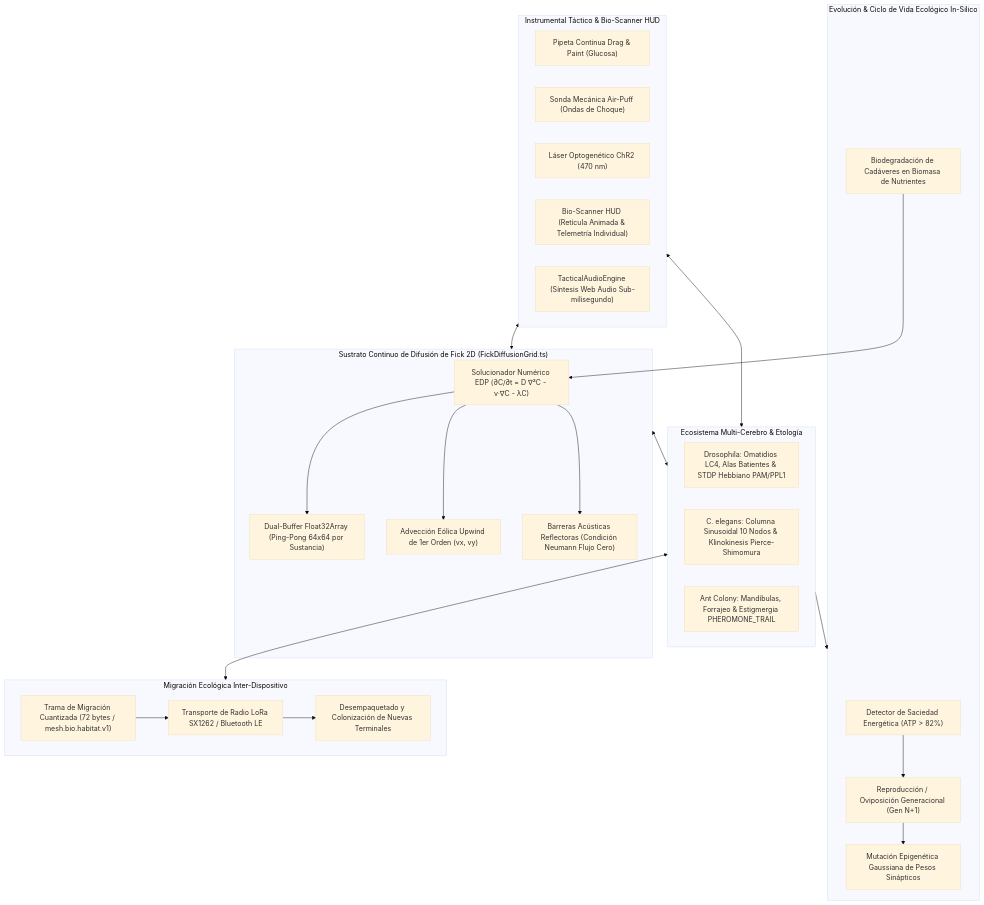
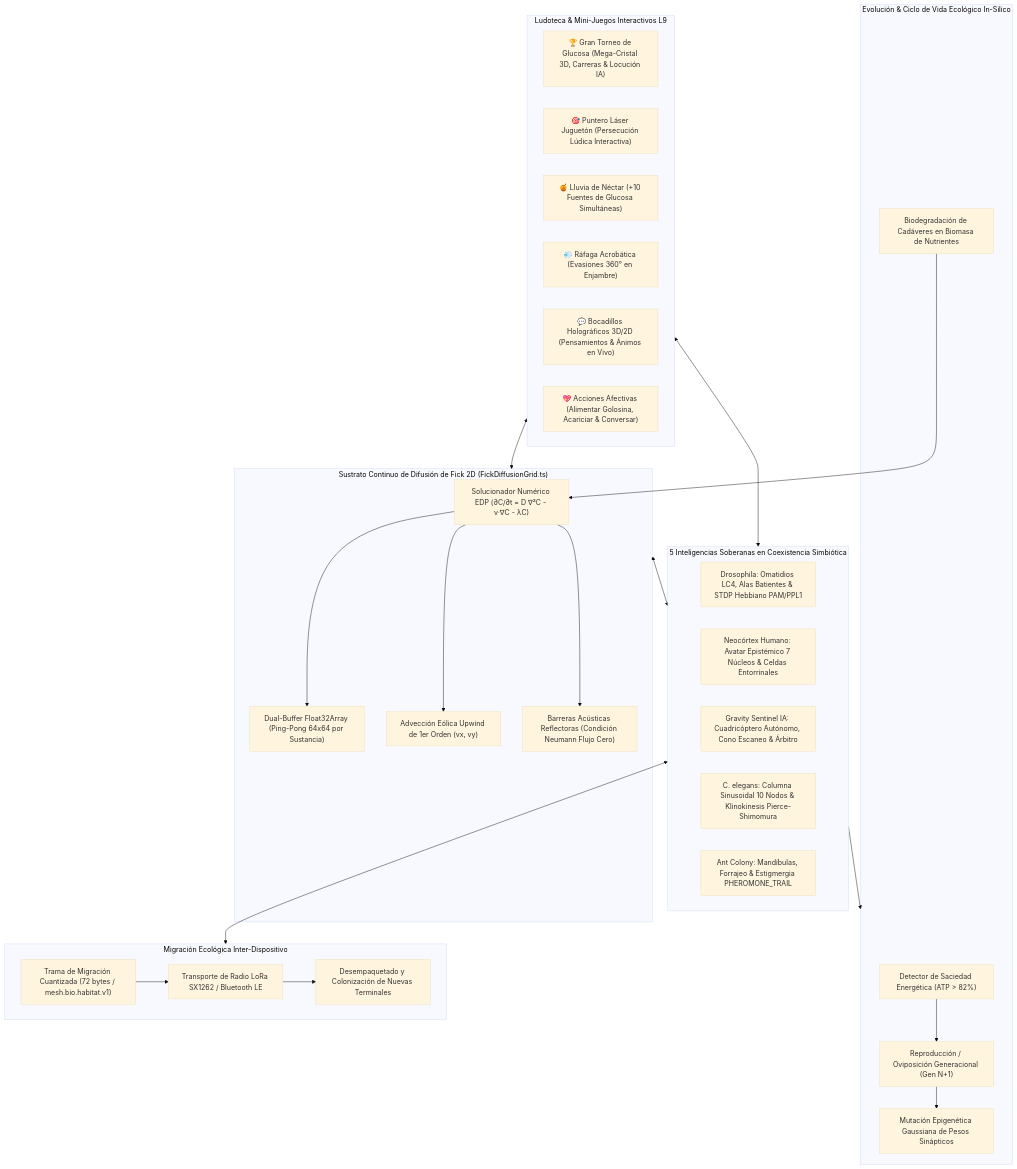
Diagram 11 of 13 in ARCHITECTURE.md (DarckRovert/RED), drawn with Mermaid (base theme) before and after one commit. The commit also changed other lines of this file and 39 other files, not shown here.

````diff
--- a/ARCHITECTURE.md
+++ b/ARCHITECTURE.md
@@ -498,53 +500,56 @@
 ```mermaid
 graph TD
     subgraph SUSTRATO_FICK ["Sustrato Continuo de Difusión de Fick 2D (FickDiffusionGrid.ts)"]
         PDE_SOLVER["Solucionador Numérico EDP (∂C/∂t = D ∇²C - v·∇C - λC)"]
         PING_PONG["Dual-Buffer Float32Array (Ping-Pong 64x64 por Sustancia)"]
         WIND_ADV["Advección Eólica Upwind de 1er Orden (vx, vy)"]
         BARRIERS["Barreras Acústicas Reflectoras (Condición Neumann Flujo Cero)"]
         
         PDE_SOLVER --> PING_PONG
         PDE_SOLVER --> WIND_ADV
         PDE_SOLVER --> BARRIERS
     end
 
-    subgraph ESPECIES_DIVERGENTES ["Ecosistema Multi-Cerebro & Etología"]
+    subgraph ESPECIES_DIVERGENTES ["5 Inteligencias Soberanas en Coexistencia Simbiótica"]
         DROSOPHILA["Drosophila: Omatidios LC4, Alas Batientes & STDP Hebbiano PAM/PPL1"]
+        HUMAN_NEOCORTEX["Neocórtex Humano: Avatar Epistémico 7 Núcleos & Celdas Entorrinales"]
+        GRAVITY_SENTINEL["Gravity Sentinel IA: Cuadricóptero Autónomo, Cono Escaneo & Árbitro"]
         C_ELEGANS["C. elegans: Columna Sinusoidal 10 Nodos & Klinokinesis Pierce-Shimomura"]
         FORMICIDAE["Ant Colony: Mandíbulas, Forrajeo & Estigmergia PHEROMONE_TRAIL"]
+    end
+
+    subgraph LUDOTECA_HUD ["Ludoteca & Mini-Juegos Interactivos L9"]
+        SUGAR_RACE["🏆 Gran Torneo de Glucosa (Mega-Cristal 3D, Carreras & Locución IA)"]
+        LASER_CHASE["🎯 Puntero Láser Juguetón (Persecución Lúdica Interactiva)"]
+        NECTAR_RAIN["🍯 Lluvia de Néctar (+10 Fuentes de Glucosa Simultáneas)"]
+        WIND_ACROBATICS["💨 Ráfaga Acrobática (Evasiones 360° en Enjambre)"]
+        THOUGHT_BUBBLES["💬 Bocadillos Holográficos 3D/2D (Pensamientos & Ánimos en Vivo)"]
+        AFFECTIVE_DECK["💖 Acciones Afectivas (Alimentar Golosina, Acariciar & Conversar)"]
     end
 
     subgraph CICLO_A_LIFE ["Evolución & Ciclo de Vida Ecológico In-Silico"]
         SATIETY["Detector de Saciedad Energética (ATP > 82%)"]
         MITOSIS["Reproducción / Oviposición Generacional (Gen N+1)"]
         MUTATION["Mutación Epigenética Gaussiana de Pesos Sinápticos"]
         DECAY["Biodegradación de Cadáveres en Biomasa de Nutrientes"]
         
         SATIETY --> MITOSIS
         MITOSIS --> MUTATION
         DECAY --> PDE_SOLVER
     end
 
-    subgraph INSTRUMENTAL_HUD ["Instrumental Táctico & Bio-Scanner HUD"]
-        PIPETTE["Pipeta Continua Drag & Paint (Glucosa)"]
-        AIR_PUFF["Sonda Mecánica Air-Puff (Ondas de Choque)"]
-        OPTO_LASER["Láser Optogenético ChR2 (470 nm)"]
-        BIO_SCANNER["Bio-Scanner HUD (Retícula Animada & Telemetría Individual)"]
-        AUDIO_SYNTH["TacticalAudioEngine (Síntesis Web Audio Sub-milisegundo)"]
-    end
-
     subgraph MALLA_P2P ["Migración Ecológica Inter-Dispositivo"]
         P2P_PACKET["Trama de Migración Cuantizada (72 bytes / mesh.bio.habitat.v1)"]
         LORA_BLE["Transporte de Radio LoRa SX1262 / Bluetooth LE"]
         IMMIGRANT["Desempaquetado y Colonización de Nuevas Terminales"]
         
         P2P_PACKET --> LORA_BLE
         LORA_BLE --> IMMIGRANT
     end
 
     SUSTRATO_FICK <--> ESPECIES_DIVERGENTES
     ESPECIES_DIVERGENTES --> CICLO_A_LIFE
-    INSTRUMENTAL_HUD <--> ESPECIES_DIVERGENTES
-    INSTRUMENTAL_HUD <--> SUSTRATO_FICK
+    LUDOTECA_HUD <--> ESPECIES_DIVERGENTES
+    LUDOTECA_HUD <--> SUSTRATO_FICK
     ESPECIES_DIVERGENTES <--> MALLA_P2P
 ```
````
